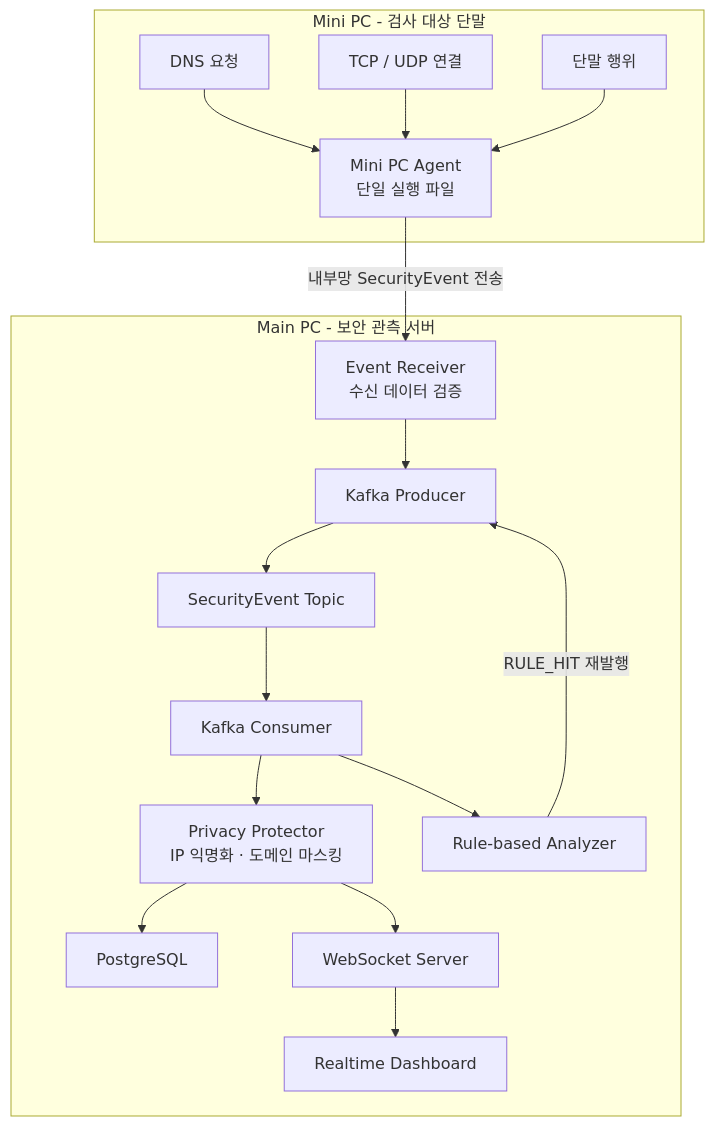
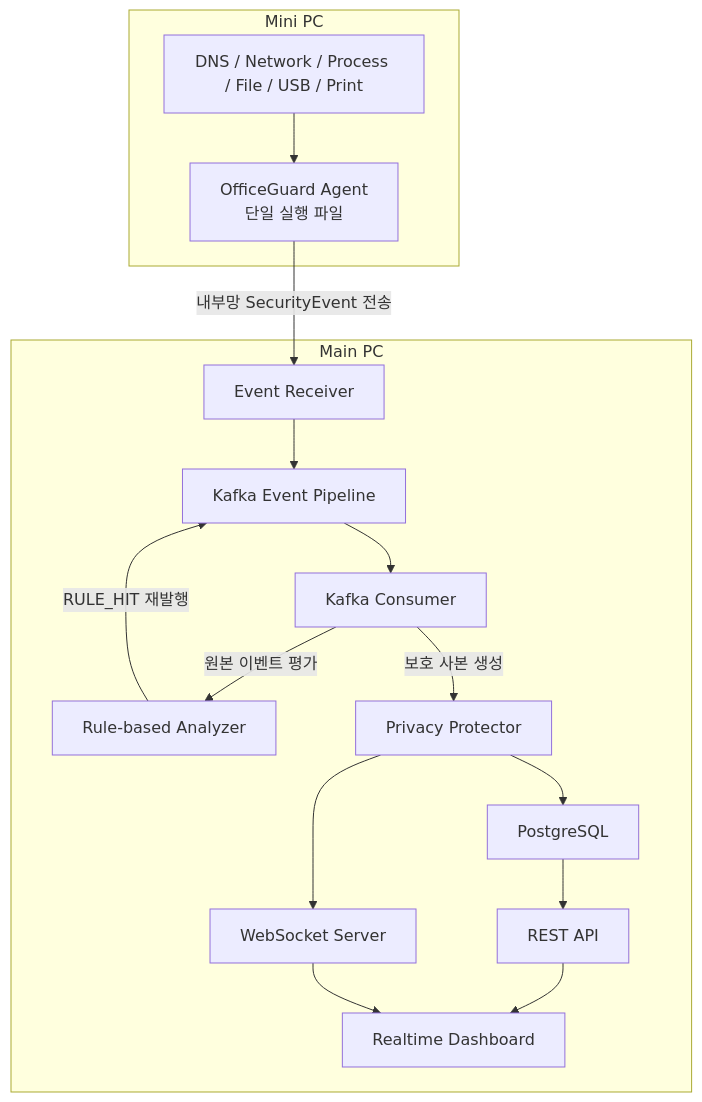
One commit to seoheejung/officeguard-lab changed the diagram in README.md. Above: the diagram before and after it, drawn with Mermaid. The commit also changed other lines of this file and 14 other files, not shown here.

````diff
--- a/README.md
+++ b/README.md
@@ -68,38 +94,35 @@
 ```mermaid
 flowchart TD
-    subgraph MiniPC["Mini PC - 검사 대상 단말"]
-        DNS["DNS 요청"]
-        Flow["TCP / UDP 연결"]
-        Endpoint["단말 행위"]
-        Agent["Mini PC Agent<br/>단일 실행 파일"]
-
-        DNS --> Agent
-        Flow --> Agent
-        Endpoint --> Agent
+    subgraph MiniPC["Mini PC"]
+        Activity["DNS / Network / Process / File / USB / Print"]
+        Agent["OfficeGuard Agent<br/>단일 실행 파일"]
     end
 
-    subgraph MainPC["Main PC - 보안 관측 서버"]
-        Receiver["Event Receiver<br/>수신 데이터 검증"]
-        Producer["Kafka Producer"]
-        Topic["SecurityEvent Topic"]
+    subgraph MainPC["Main PC"]
+        Receiver["Event Receiver"]
+        Kafka["Kafka Event Pipeline"]
         Consumer["Kafka Consumer"]
-        Privacy["Privacy Protector<br/>IP 익명화 · 도메인 마스킹"]
+        Analyzer["Rule-based Analyzer"]
+        Privacy["Privacy Protector"]
         Storage["PostgreSQL"]
-        Analyzer["Rule-based Analyzer"]
+        API["REST API"]
         WebSocket["WebSocket Server"]
         Dashboard["Realtime Dashboard"]
     end
 
+    Activity --> Agent
     Agent -->|"내부망 SecurityEvent 전송"| Receiver
-    Receiver --> Producer
-    Producer --> Topic
-    Topic --> Consumer
+    Receiver --> Kafka
+    Kafka --> Consumer
 
-    Consumer --> Privacy
+    Consumer -->|"원본 이벤트 평가"| Analyzer
+    Analyzer -->|"RULE_HIT 재발행"| Kafka
+
+    Consumer -->|"보호 사본 생성"| Privacy
     Privacy --> Storage
     Privacy --> WebSocket
 
-    Consumer --> Analyzer
-    Analyzer -->|"RULE_HIT 재발행"| Producer
+    Storage --> API
+    API --> Dashboard
     WebSocket --> Dashboard
 ```
````
